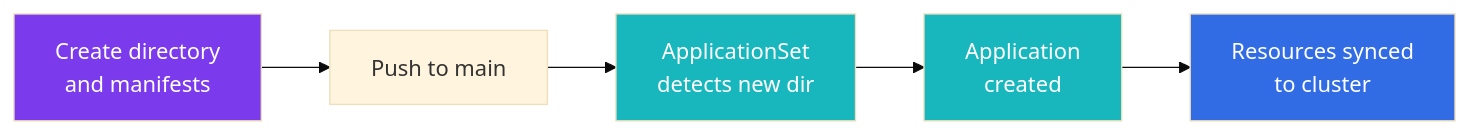
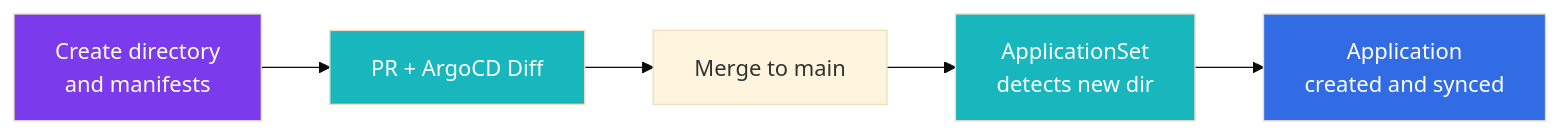
Before and after one commit to swibrow/home-ops: the diagram in docs/gitops/adding-apps.md, drawn with Mermaid (base theme). The commit also changed other lines of this file and 105 other files, not shown here.

````diff
--- a/docs/gitops/adding-apps.md
+++ b/docs/gitops/adding-apps.md
@@ -21,12 +19,12 @@
 ```mermaid
 flowchart LR
-    A[Create directory\nand manifests] --> B[Push to main]
-    B --> C[ApplicationSet\ndetects new dir]
-    C --> D[Application\ncreated]
-    D --> E[Resources synced\nto cluster]
+    A[Create directory\nand manifests] --> B[PR + ArgoCD Diff]
+    B --> C[Merge to main]
+    C --> D[ApplicationSet\ndetects new dir]
+    D --> E[Application\ncreated and synced]
 
     style A fill:#7c3aed,color:#fff
-    style C fill:#18b7be,color:#fff
+    style B fill:#18b7be,color:#fff
     style D fill:#18b7be,color:#fff
     style E fill:#326ce5,color:#fff
 ```
````
